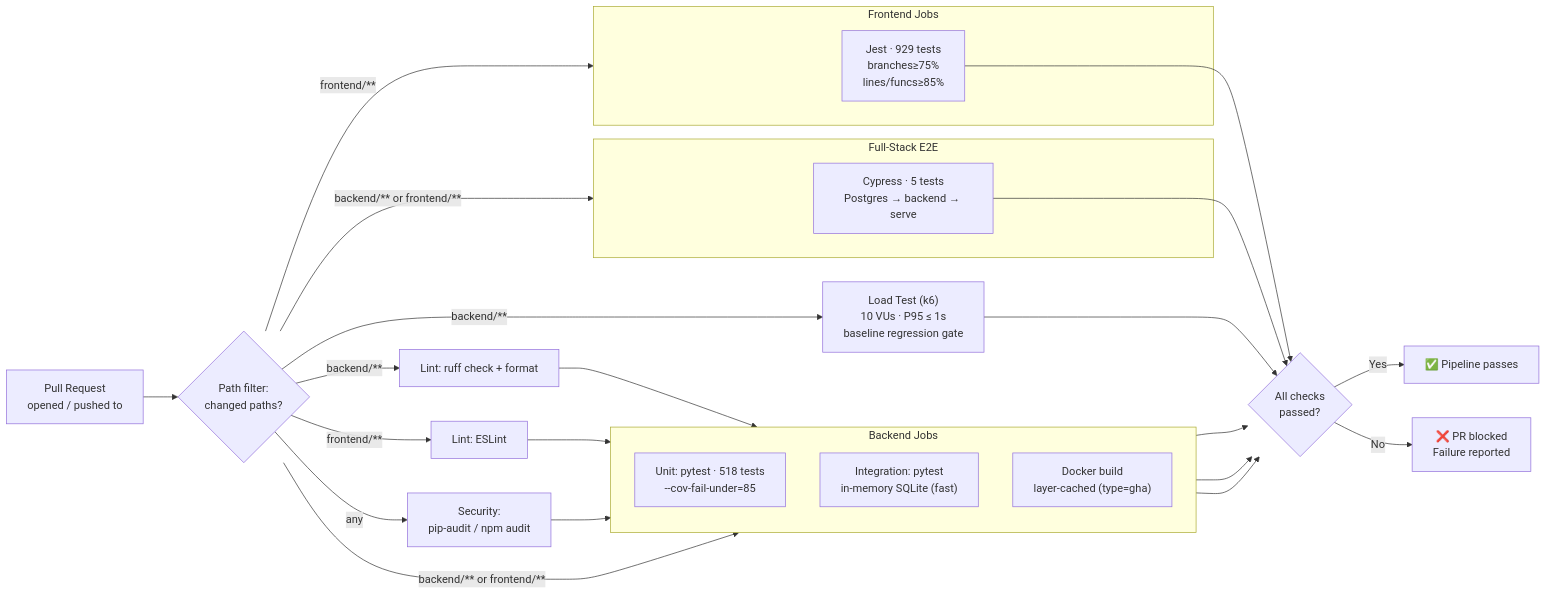
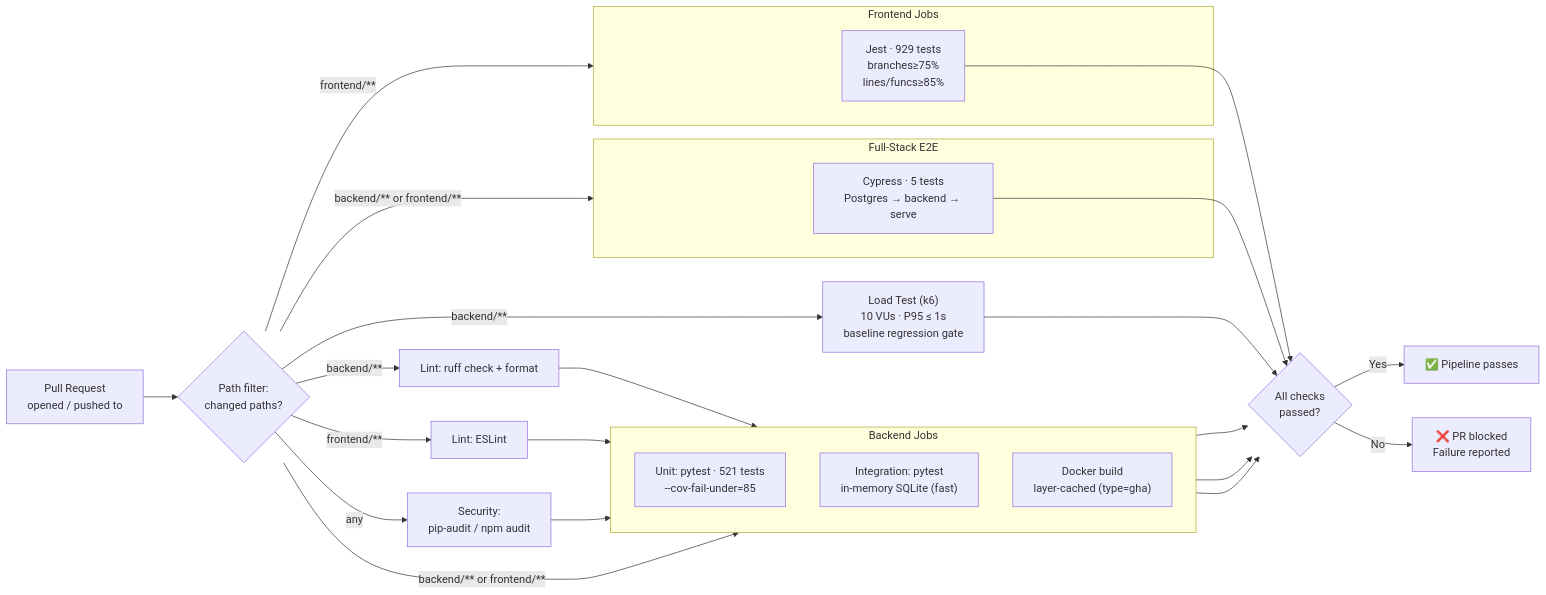
One commit to AhmedIkram05/devsync changed the fifth of 6 diagrams in README.md. Above: the diagram before and after it, drawn with Mermaid. The commit also changed other lines of this file and 2 other files, not shown here.

````diff
--- a/README.md
+++ b/README.md
@@ -343,37 +343,37 @@
 ```mermaid
 flowchart LR
     PR["Pull Request\nopened / pushed to"] --> Changes{"Path filter:\nchanged paths?"}
     
     Changes -->|"backend/**"| LintBE["Lint: ruff check + format"]
     Changes -->|"frontend/**"| LintFE["Lint: ESLint"]
     Changes -->|"any"| Security["Security:\npip-audit / npm audit"]
 
     LintBE & LintFE & Security --> BackendJobs
     
     subgraph BackendJobs["Backend Jobs"]
         direction TB
-        BT["Unit: pytest · 518 tests\n--cov-fail-under=85"]
+        BT["Unit: pytest · 521 tests\n--cov-fail-under=85"]
         IT["Integration: pytest\nin-memory SQLite (fast)"]
         DockerBuild["Docker build\nlayer-cached (type=gha)"]
     end
 
     subgraph FrontendJobs["Frontend Jobs"]
         FT["Jest · 929 tests\nbranches≥75%\nlines/funcs≥85%"]
     end
 
     subgraph E2E["Full-Stack E2E"]
         Cypress["Cypress · 5 tests\nPostgres → backend → serve"]
     end
 
     Load["Load Test (k6)\n10 VUs · P95 ≤ 1s\nbaseline regression gate"]
 
     Changes -->|"backend/** or frontend/**"| BackendJobs
     Changes -->|"frontend/**"| FrontendJobs
     Changes -->|"backend/** or frontend/**"| E2E
     Changes -->|"backend/**"| Load
 
     BT & IT & DockerBuild & FT & Cypress & Load --> Gate{"All checks\npassed?"}
     
     Gate -->|"Yes"| Pipeline["✅ Pipeline passes"]
     Gate -->|"No"| Abort["❌ PR blocked\nFailure reported"]
 ```
````
